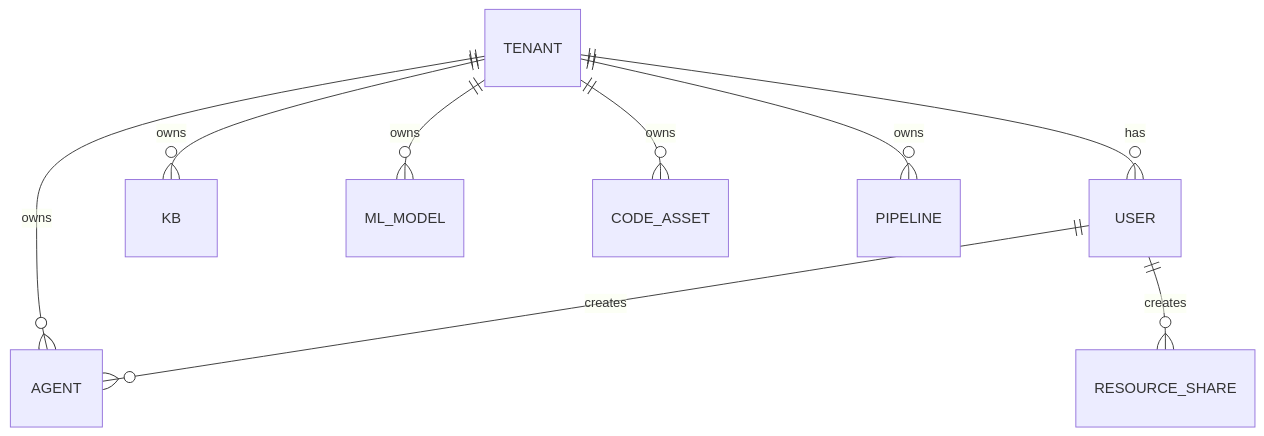
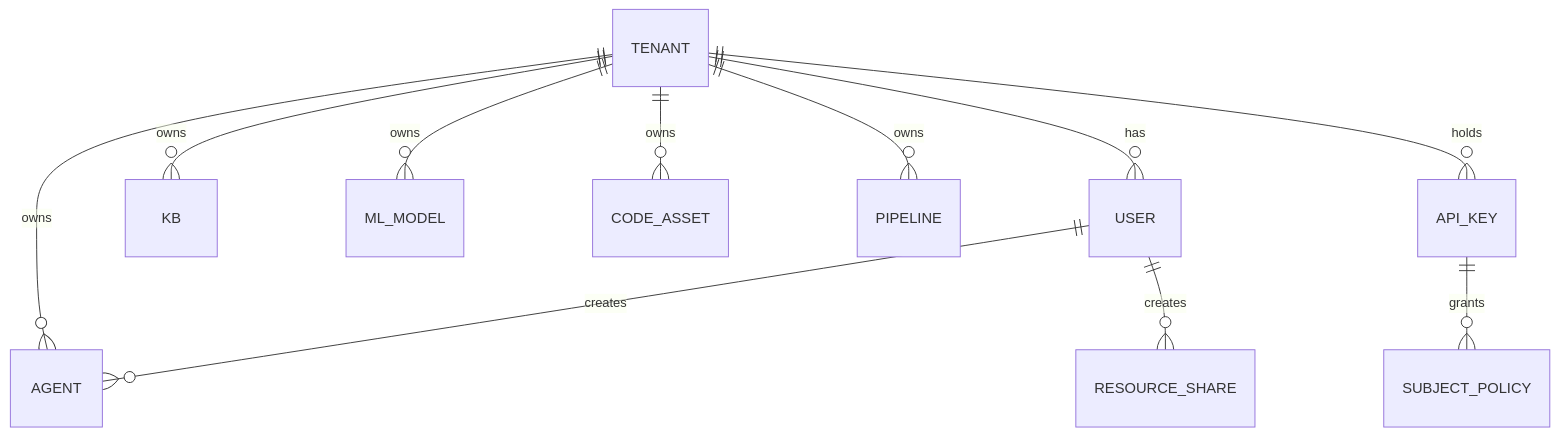
One commit to sarkar4777/abenix changed the first of 4 diagrams in apps/web/public/dev-docs/01-architecture/01-tenants-rbac.md. Above: the diagram before and after it, drawn with Mermaid. The commit also changed other lines of this file and 30 other files, not shown here.

````diff
--- a/apps/web/public/dev-docs/01-architecture/01-tenants-rbac.md
+++ b/apps/web/public/dev-docs/01-architecture/01-tenants-rbac.md
@@ -11,11 +11,13 @@
 ```mermaid
 erDiagram
   TENANT ||--o{ USER : has
   TENANT ||--o{ AGENT : owns
   TENANT ||--o{ KB : owns
   TENANT ||--o{ ML_MODEL : owns
   TENANT ||--o{ CODE_ASSET : owns
   TENANT ||--o{ PIPELINE : owns
+  TENANT ||--o{ API_KEY : holds
+  API_KEY ||--o{ SUBJECT_POLICY : grants
   USER ||--o{ AGENT : creates
   USER ||--o{ RESOURCE_SHARE : creates
 ```
````
